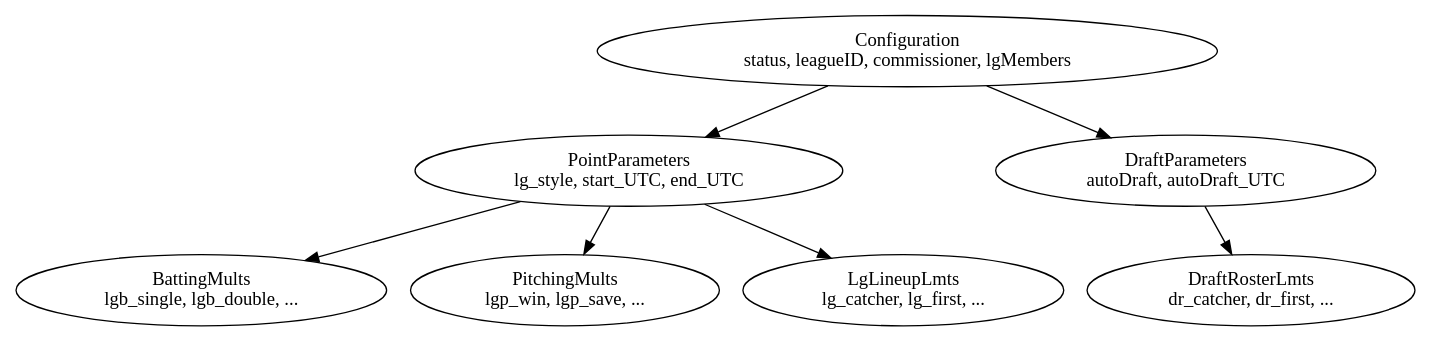
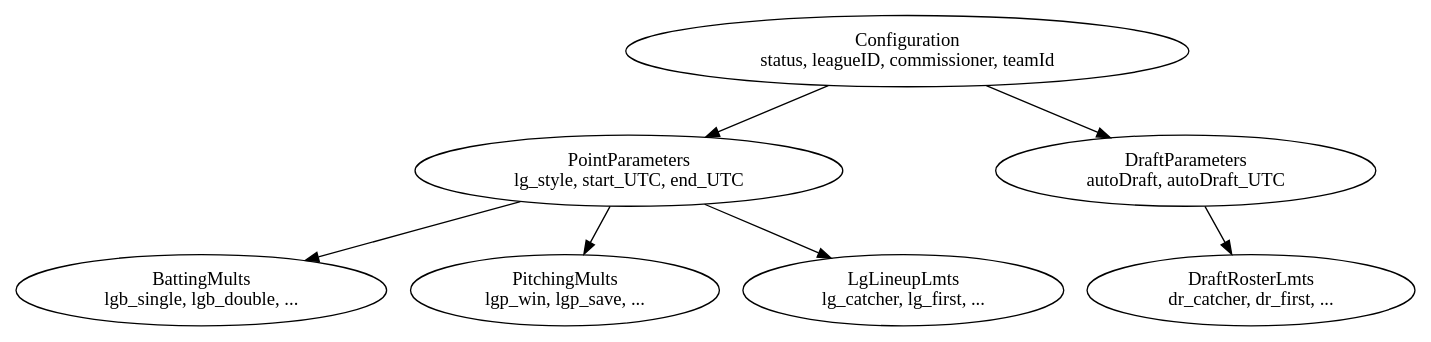
Before and after one commit to cardanonix/pelotero-engine: the diagram in testFiles/configurationGraph.dot, drawn with Graphviz. The commit also changed 7 other files, not shown here.

```diff
--- a/testFiles/configurationGraph.dot
+++ b/testFiles/configurationGraph.dot
@@ -1,15 +1,15 @@
 digraph ConfigurationGraph {
-    Configuration [label="Configuration\nstatus, leagueID, commissioner, lgMembers"];
+    Configuration [label="Configuration\nstatus, leagueID, commissioner, teamId"];
     PointParameters [label="PointParameters\nlg_style, start_UTC, end_UTC"];
     BattingMults [label="BattingMults\nlgb_single, lgb_double, ..."];
     PitchingMults [label="PitchingMults\nlgp_win, lgp_save, ..."];
     LgLineupLmts [label="LgLineupLmts\nlg_catcher, lg_first, ..."];
     DraftParameters [label="DraftParameters\nautoDraft, autoDraft_UTC"];
     DraftRosterLmts [label="DraftRosterLmts\ndr_catcher, dr_first, ..."];
     Configuration -> PointParameters;
     Configuration -> DraftParameters;
     PointParameters -> BattingMults;
     PointParameters -> PitchingMults;
     PointParameters -> LgLineupLmts;
     DraftParameters -> DraftRosterLmts;
 }
```
